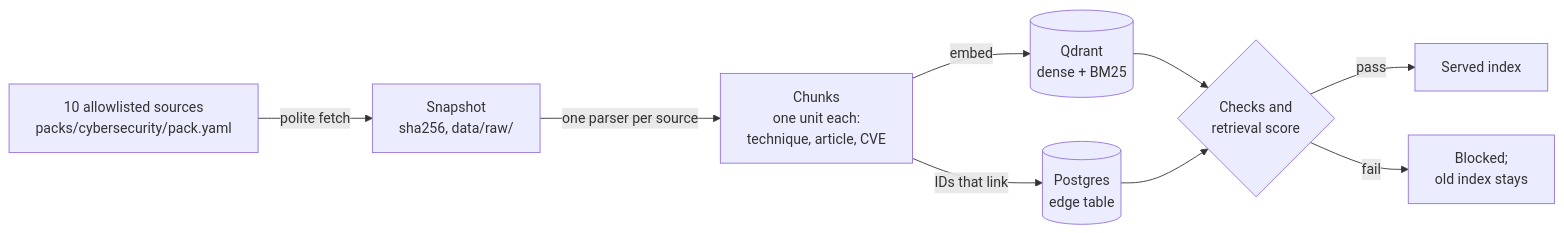
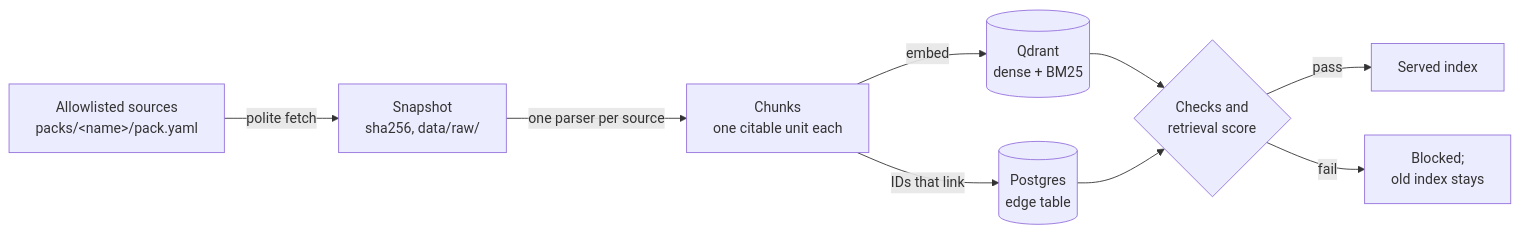
One commit to chrysogonus/rag-stack changed the first of 2 diagrams in README.md. Above: the diagram before and after it, drawn with Mermaid. The commit also changed other lines of this file and 16 other files, not shown here.

````diff
--- a/README.md
+++ b/README.md
@@ -45,10 +94,10 @@
 ```mermaid
 flowchart LR
-    A["10 allowlisted sources<br/>packs/cybersecurity/pack.yaml"] -->|polite fetch| B["Snapshot<br/>sha256, data/raw/"]
-    B -->|one parser per source| C["Chunks<br/>one unit each:<br/>technique, article, CVE"]
+    A["Allowlisted sources<br/>packs/&lt;name&gt;/pack.yaml"] -->|polite fetch| B["Snapshot<br/>sha256, data/raw/"]
+    B -->|one parser per source| C["Chunks<br/>one citable unit each"]
     C -->|embed| D[("Qdrant<br/>dense + BM25")]
     C -->|IDs that link| E[("Postgres<br/>edge table")]
     D & E --> F{"Checks and<br/>retrieval score"}
     F -->|pass| G["Served index"]
     F -->|fail| H["Blocked;<br/>old index stays"]
 ```
````
